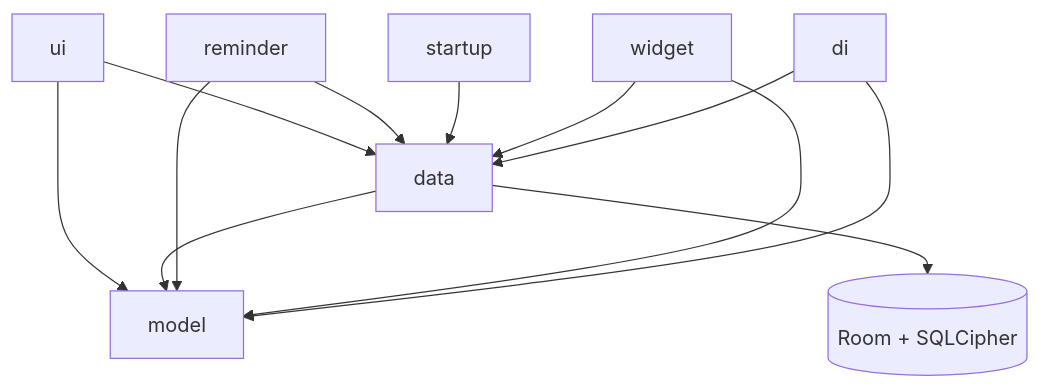
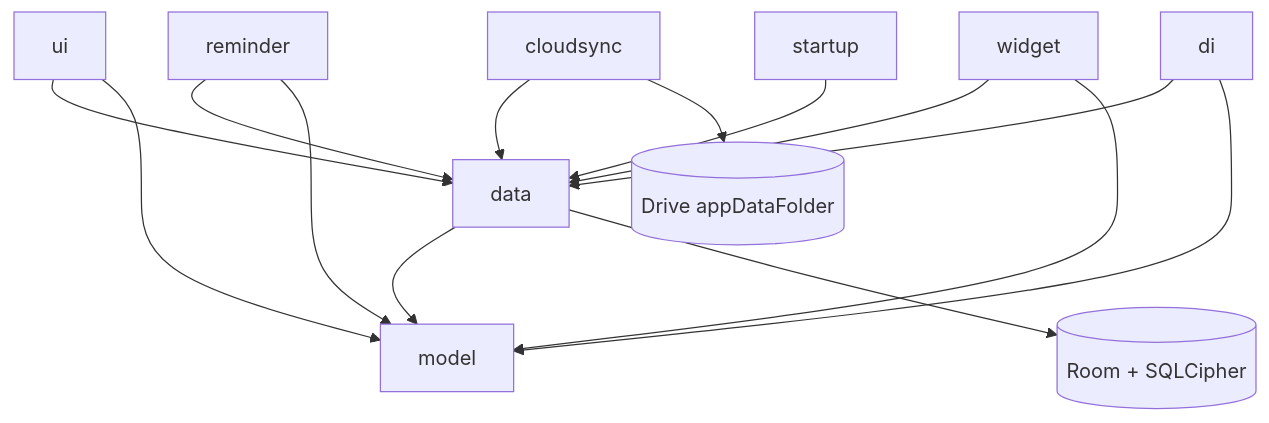
The first of 2 diagrams in docs/architecture.md (mkx173/Featherline), drawn with Mermaid before and after one commit. The commit also changed other lines of this file and 7 other files, not shown here.

````diff
--- a/docs/architecture.md
+++ b/docs/architecture.md
@@ -11,14 +11,16 @@
 ```mermaid
 graph TD
   ui --> data
   ui --> model
   data --> model
   data --> local[(Room + SQLCipher)]
   reminder --> data
   reminder --> model
   startup --> data
   widget --> data
   widget --> model
+  cloudsync --> data
+  cloudsync --> googleDrive[(Drive appDataFolder)]
   di --> data
   di --> model
 ```
````
